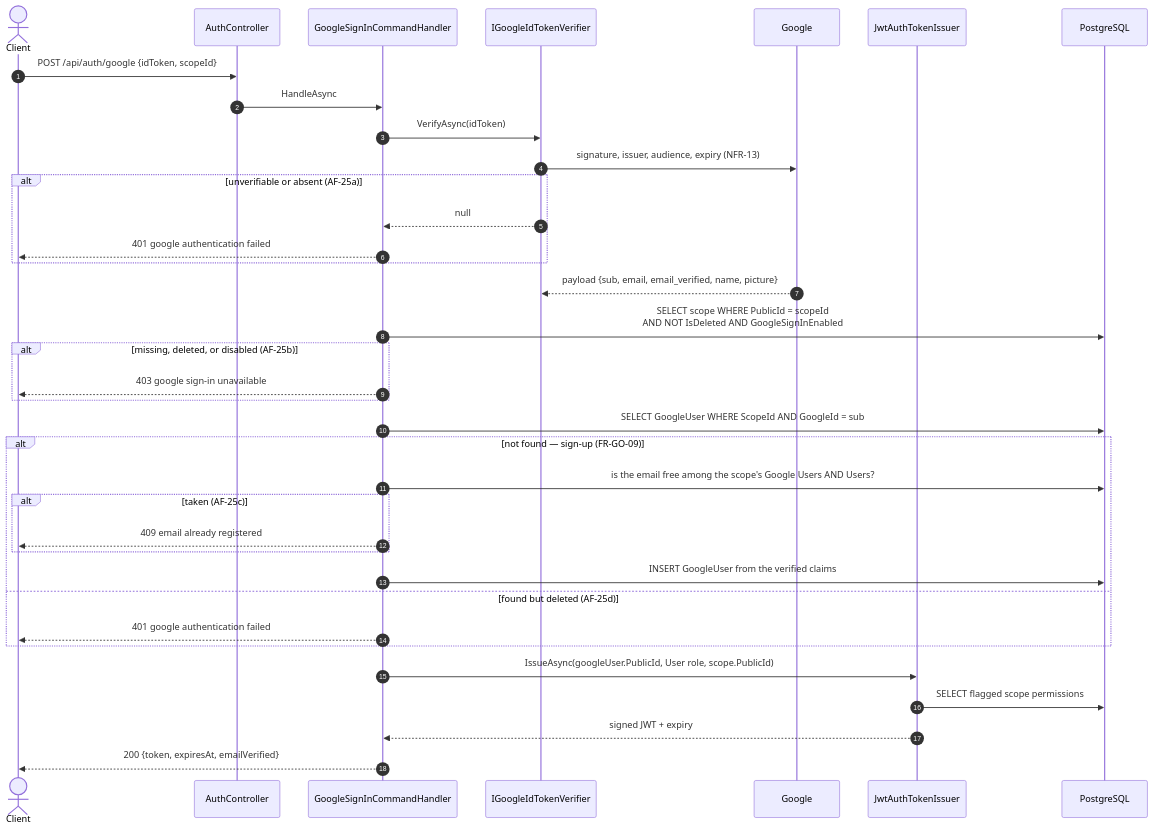
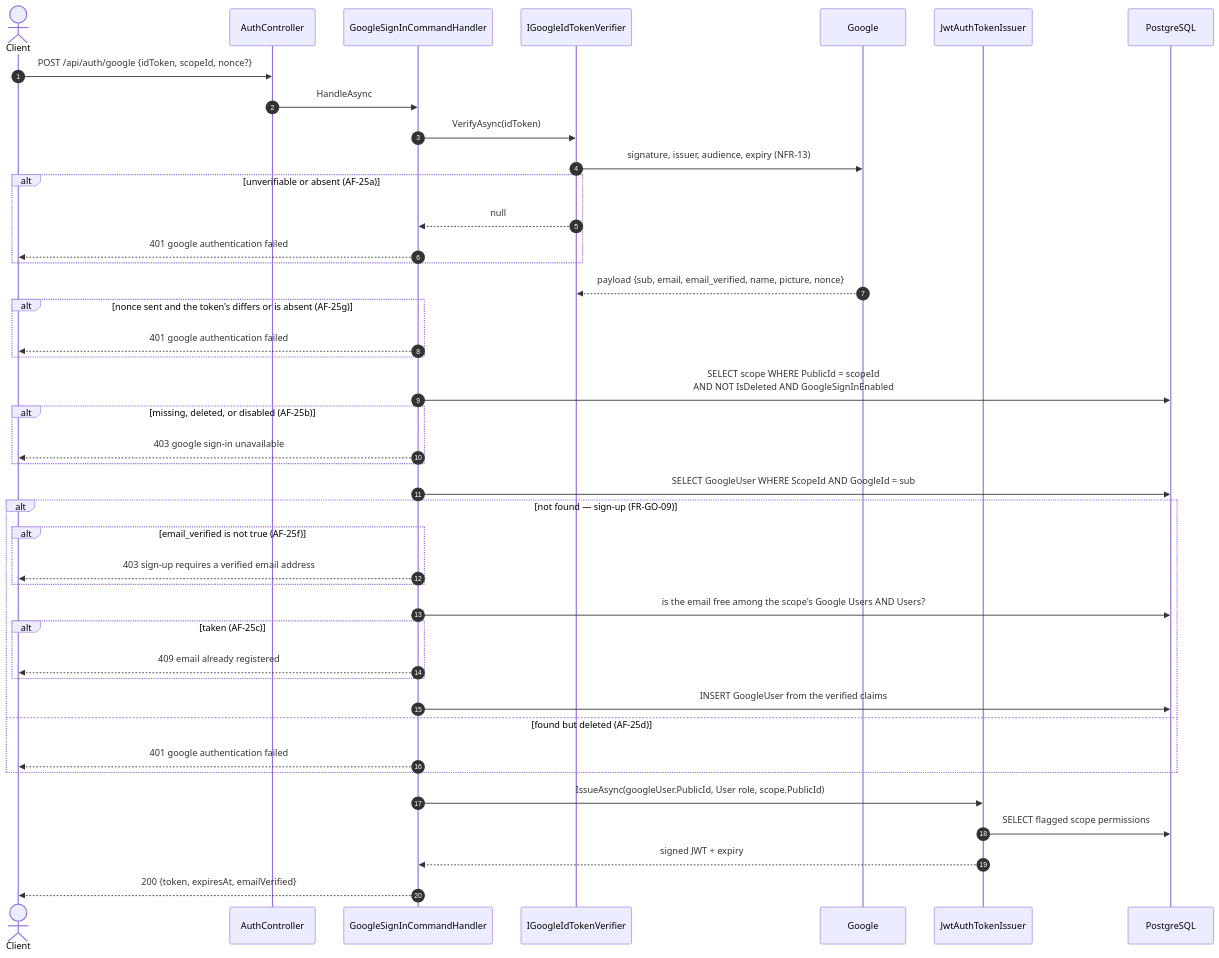
One commit to artur-rios/heimdall-api changed the second of 2 diagrams in docs/content/en/docs/flows/google-sign-in.md. Above: the diagram before and after it, drawn with Mermaid. The commit also changed other lines of this file and 14 other files, not shown here.

````diff
--- a/docs/content/en/docs/flows/google-sign-in.md
+++ b/docs/content/en/docs/flows/google-sign-in.md
@@ -33,43 +33,49 @@
 ```mermaid
 sequenceDiagram
     autonumber
     actor C as Client
     participant AC as AuthController
     participant H as GoogleSignInCommandHandler
     participant GV as IGoogleIdTokenVerifier
     participant G as Google
     participant TI as JwtAuthTokenIssuer
     participant DB as PostgreSQL
 
-    C->>AC: POST /api/auth/google {idToken, scopeId}
+    C->>AC: POST /api/auth/google {idToken, scopeId, nonce?}
     AC->>H: HandleAsync
 
     H->>GV: VerifyAsync(idToken)
     GV->>G: signature, issuer, audience, expiry (NFR-13)
     alt unverifiable or absent (AF-25a)
         GV-->>H: null
         H-->>C: 401 google authentication failed
     end
-    G-->>GV: payload {sub, email, email_verified, name, picture}
+    G-->>GV: payload {sub, email, email_verified, name, picture, nonce}
+    alt nonce sent and the token's differs or is absent (AF-25g)
+        H-->>C: 401 google authentication failed
+    end
 
     H->>DB: SELECT scope WHERE PublicId = scopeId<br/>AND NOT IsDeleted AND GoogleSignInEnabled
     alt missing, deleted, or disabled (AF-25b)
         H-->>C: 403 google sign-in unavailable
     end
 
     H->>DB: SELECT GoogleUser WHERE ScopeId AND GoogleId = sub
     alt not found — sign-up (FR-GO-09)
+        alt email_verified is not true (AF-25f)
+            H-->>C: 403 sign-up requires a verified email address
+        end
         H->>DB: is the email free among the scope's Google Users AND Users?
         alt taken (AF-25c)
             H-->>C: 409 email already registered
         end
         H->>DB: INSERT GoogleUser from the verified claims
     else found but deleted (AF-25d)
         H-->>C: 401 google authentication failed
     end
 
     H->>TI: IssueAsync(googleUser.PublicId, User role, scope.PublicId)
     TI->>DB: SELECT flagged scope permissions
     TI-->>H: signed JWT + expiry
     H-->>C: 200 {token, expiresAt, emailVerified}
 ```
````
